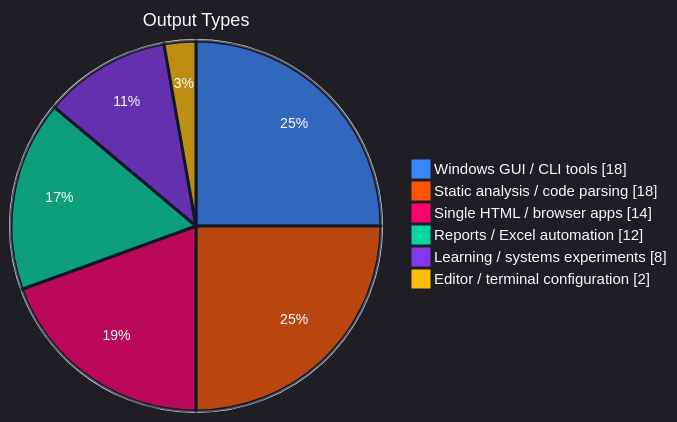
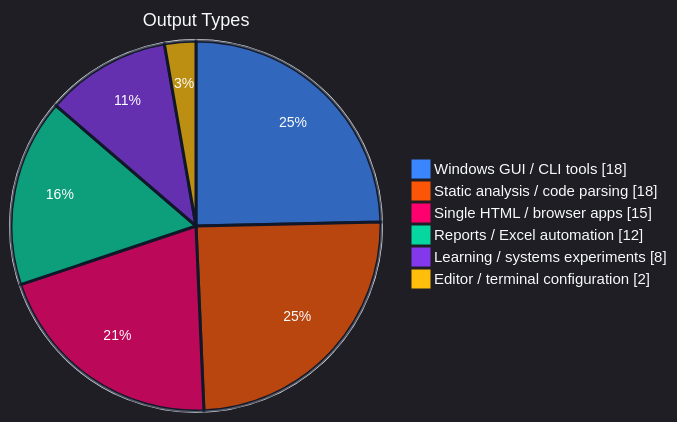
One commit to SSsan-00/SSsan-00 changed the second of 4 diagrams in README.md. Above: the diagram before and after it, drawn with Mermaid. The commit also changed other lines of this file and 2 other files, not shown here.

````diff
--- a/README.md
+++ b/README.md
@@ -56,11 +56,11 @@
 ```mermaid
 %%{init: {"theme":"dark","themeVariables":{"background":"#0f172a","mainBkg":"#0f172a","textColor":"#f8fafc","primaryTextColor":"#f8fafc","pieStrokeColor":"#0f172a","pieStrokeWidth":"3px","pieOuterStrokeColor":"#f8fafc","pieOuterStrokeWidth":"2px","pieTitleTextColor":"#f8fafc","pieTitleTextSize":"18px","pieLegendTextColor":"#f8fafc","pieLegendTextSize":"15px","pieSectionTextColor":"#ffffff","pieSectionTextSize":"14px","pie1":"#3a86ff","pie2":"#fb5607","pie3":"#ff006e","pie4":"#06d6a0","pie5":"#8338ec","pie6":"#ffbe0b"}}}%%
 pie showData
   title Output Types
   "Windows GUI / CLI tools" : 18
   "Static analysis / code parsing" : 18
-  "Single HTML / browser apps" : 14
+  "Single HTML / browser apps" : 15
   "Reports / Excel automation" : 12
   "Learning / systems experiments" : 8
   "Editor / terminal configuration" : 2
 ```
````
